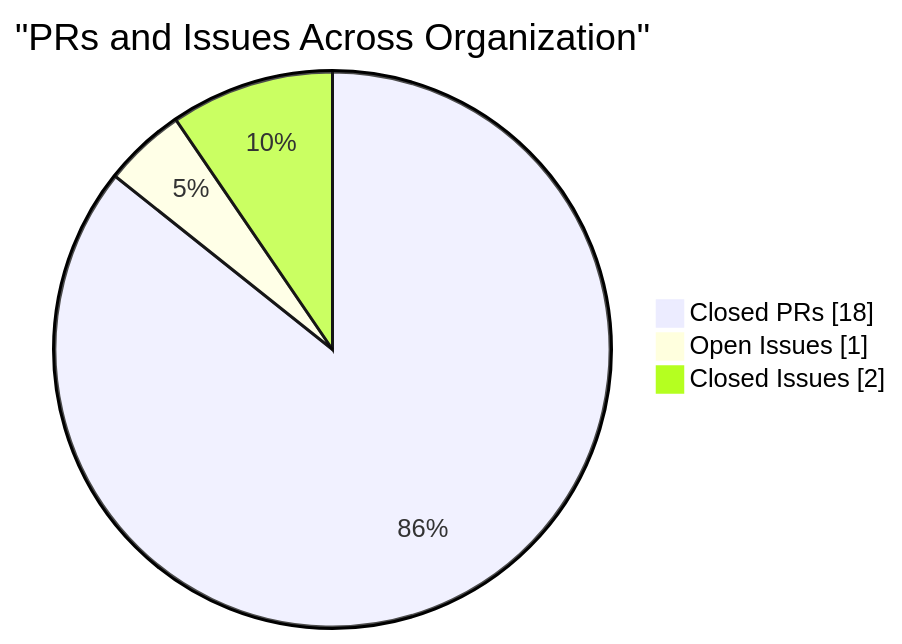
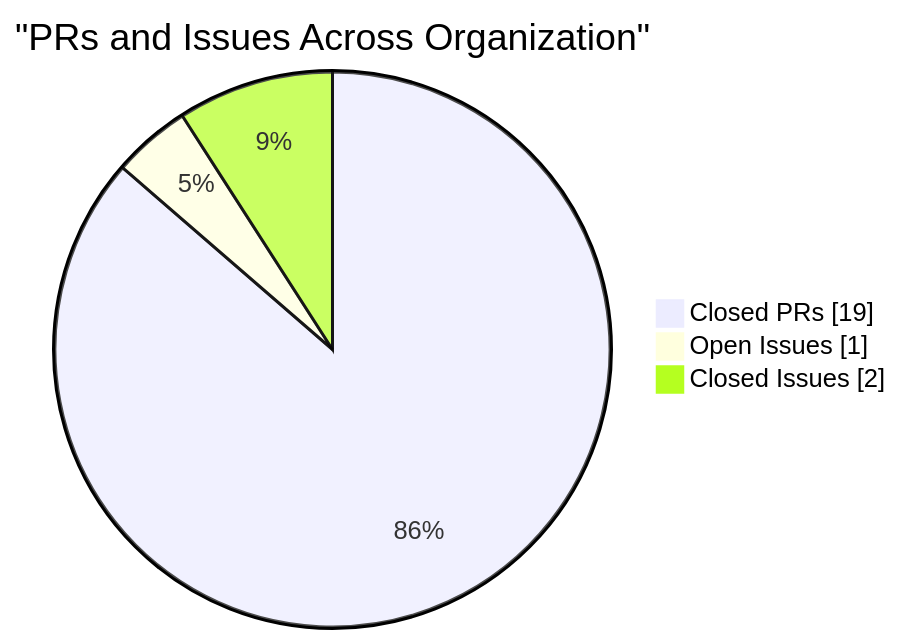
Before and after one commit to CSTH-Projects/.github: the fourth of 4 diagrams in profile/README.md, drawn with Mermaid. The commit also changed other lines of this file, not shown here.

````diff
--- a/profile/README.md
+++ b/profile/README.md
@@ -97,7 +97,7 @@
 ```mermaid
 pie showData
     title "PRs and Issues Across Organization"
-    "Closed PRs" : 18
+    "Closed PRs" : 19
     "Open Issues" : 1
     "Closed Issues" : 2
 ```
````
